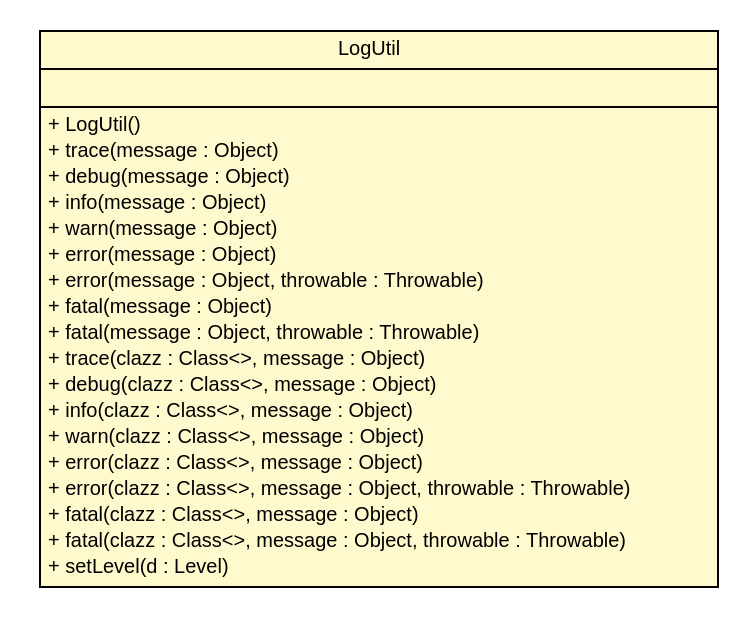
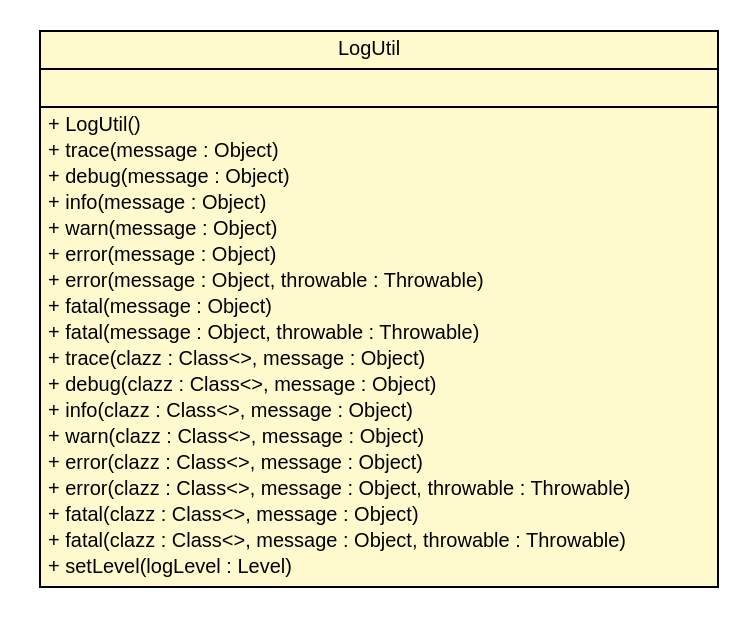
The diagram in apidocs/com/xley/lfosc/util/LogUtil.dot (pcross616/lf-osc-proxy), drawn with Graphviz before and after one commit. The commit also changed 95 other files, not shown here.

```diff
--- a/apidocs/com/xley/lfosc/util/LogUtil.dot
+++ b/apidocs/com/xley/lfosc/util/LogUtil.dot
@@ -1,41 +1,41 @@
 #!/usr/local/bin/dot
 #
 # Class diagram 
 # Generated by UMLGraph version R5_6 (http://www.umlgraph.org/)
 #
 
 digraph G {
 	edge [fontname="Helvetica",fontsize=10,labelfontname="Helvetica",labelfontsize=10];
 	node [fontname="Helvetica",fontsize=10,shape=plaintext];
 	nodesep=0.25;
 	ranksep=0.5;
 	// com.xley.lfosc.util.LogUtil
-	c52 [label=<<table title="com.xley.lfosc.util.LogUtil" border="0" cellborder="1" cellspacing="0" cellpadding="2" port="p" bgcolor="lemonChiffon" href="./LogUtil.html">
+	c46 [label=<<table title="com.xley.lfosc.util.LogUtil" border="0" cellborder="1" cellspacing="0" cellpadding="2" port="p" bgcolor="lemonChiffon" href="./LogUtil.html">
 		<tr><td><table border="0" cellspacing="0" cellpadding="1">
 <tr><td align="center" balign="center"> LogUtil </td></tr>
 		</table></td></tr>
 		<tr><td><table border="0" cellspacing="0" cellpadding="1">
 <tr><td align="left" balign="left">  </td></tr>
 		</table></td></tr>
 		<tr><td><table border="0" cellspacing="0" cellpadding="1">
 <tr><td align="left" balign="left"> + LogUtil() </td></tr>
 <tr><td align="left" balign="left"> + trace(message : Object) </td></tr>
 <tr><td align="left" balign="left"> + debug(message : Object) </td></tr>
 <tr><td align="left" balign="left"> + info(message : Object) </td></tr>
 <tr><td align="left" balign="left"> + warn(message : Object) </td></tr>
 <tr><td align="left" balign="left"> + error(message : Object) </td></tr>
 <tr><td align="left" balign="left"> + error(message : Object, throwable : Throwable) </td></tr>
 <tr><td align="left" balign="left"> + fatal(message : Object) </td></tr>
 <tr><td align="left" balign="left"> + fatal(message : Object, throwable : Throwable) </td></tr>
 <tr><td align="left" balign="left"> + trace(clazz : Class&lt;&gt;, message : Object) </td></tr>
 <tr><td align="left" balign="left"> + debug(clazz : Class&lt;&gt;, message : Object) </td></tr>
 <tr><td align="left" balign="left"> + info(clazz : Class&lt;&gt;, message : Object) </td></tr>
 <tr><td align="left" balign="left"> + warn(clazz : Class&lt;&gt;, message : Object) </td></tr>
 <tr><td align="left" balign="left"> + error(clazz : Class&lt;&gt;, message : Object) </td></tr>
 <tr><td align="left" balign="left"> + error(clazz : Class&lt;&gt;, message : Object, throwable : Throwable) </td></tr>
 <tr><td align="left" balign="left"> + fatal(clazz : Class&lt;&gt;, message : Object) </td></tr>
 <tr><td align="left" balign="left"> + fatal(clazz : Class&lt;&gt;, message : Object, throwable : Throwable) </td></tr>
-<tr><td align="left" balign="left"> + setLevel(d : Level) </td></tr>
+<tr><td align="left" balign="left"> + setLevel(logLevel : Level) </td></tr>
 		</table></td></tr>
 		</table>>, URL="./LogUtil.html", fontname="Helvetica", fontcolor="black", fontsize=10.0];
 }
```
